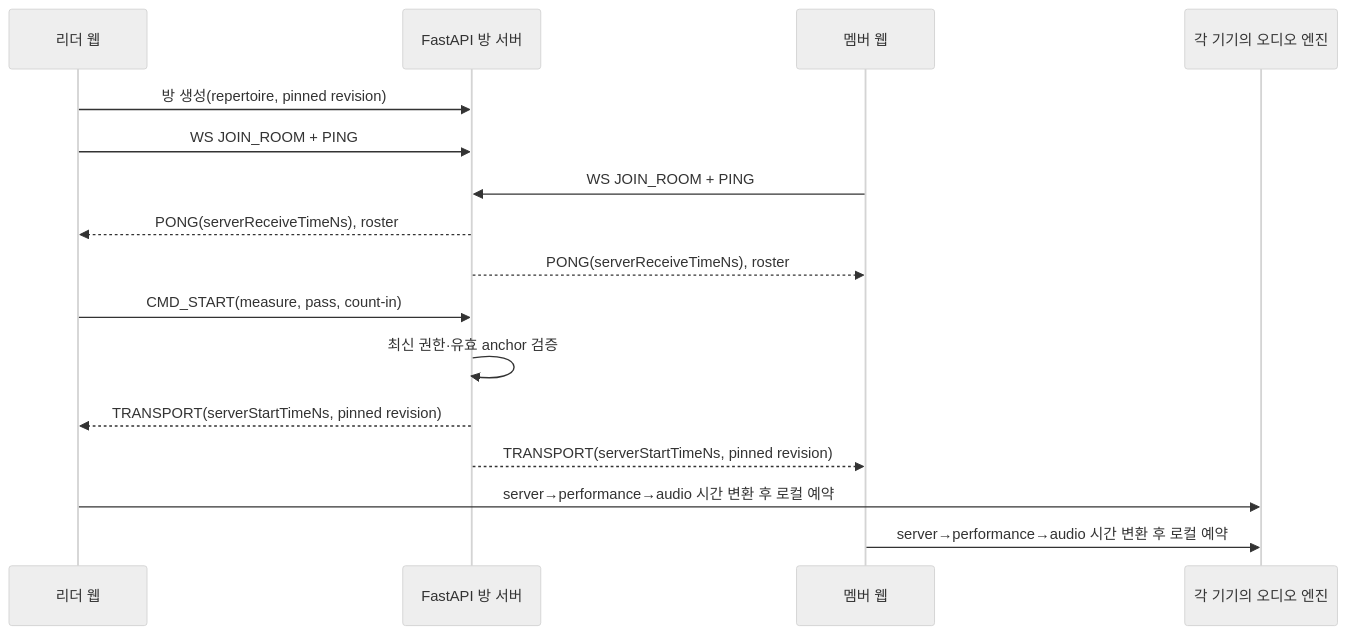
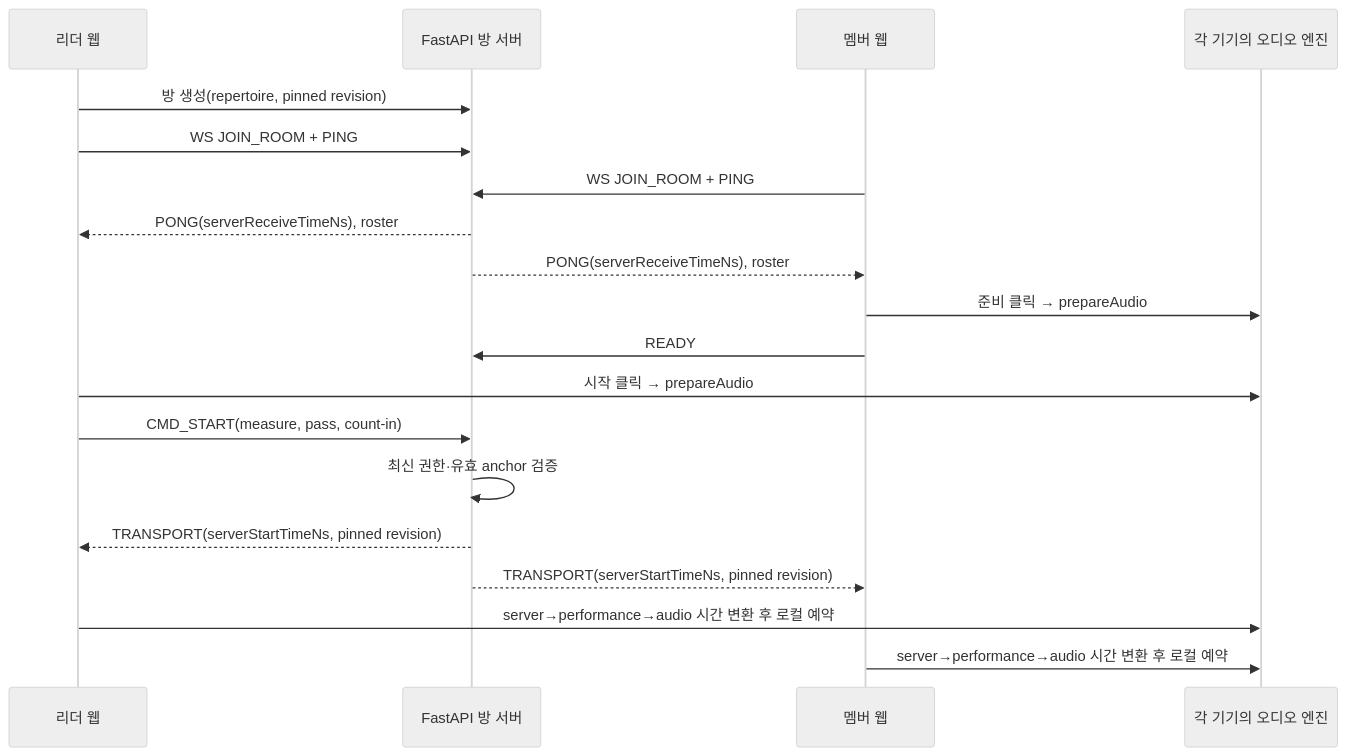
One commit to facio313/FeelMyRythm changed the ninth of 12 diagrams in docs/ARCHITECTURE_AND_CODE_GUIDE.md. Above: the diagram before and after it, drawn with Mermaid (neutral theme). The commit also changed other lines of this file and 37 other files, not shown here.

````diff
--- a/docs/ARCHITECTURE_AND_CODE_GUIDE.md
+++ b/docs/ARCHITECTURE_AND_CODE_GUIDE.md
@@ -439,19 +445,22 @@
 ```mermaid
 sequenceDiagram
   participant L as 리더 웹
   participant S as FastAPI 방 서버
   participant M as 멤버 웹
   participant A as 각 기기의 오디오 엔진
 
   L->>S: 방 생성(repertoire, pinned revision)
   L->>S: WS JOIN_ROOM + PING
   M->>S: WS JOIN_ROOM + PING
   S-->>L: PONG(serverReceiveTimeNs), roster
   S-->>M: PONG(serverReceiveTimeNs), roster
+  M->>A: 준비 클릭 → prepareAudio
+  M->>S: READY
+  L->>A: 시작 클릭 → prepareAudio
   L->>S: CMD_START(measure, pass, count-in)
   S->>S: 최신 권한·유효 anchor 검증
   S-->>L: TRANSPORT(serverStartTimeNs, pinned revision)
   S-->>M: TRANSPORT(serverStartTimeNs, pinned revision)
   L->>A: server→performance→audio 시간 변환 후 로컬 예약
   M->>A: server→performance→audio 시간 변환 후 로컬 예약
 ```
````
